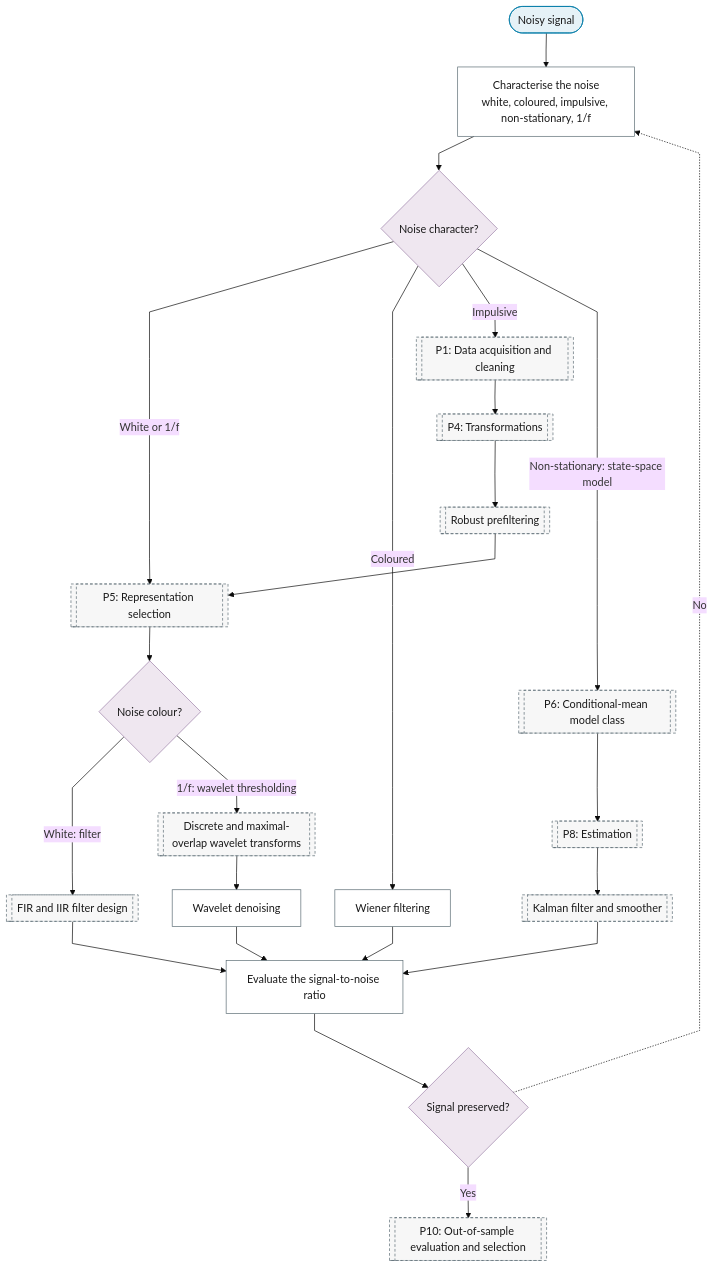
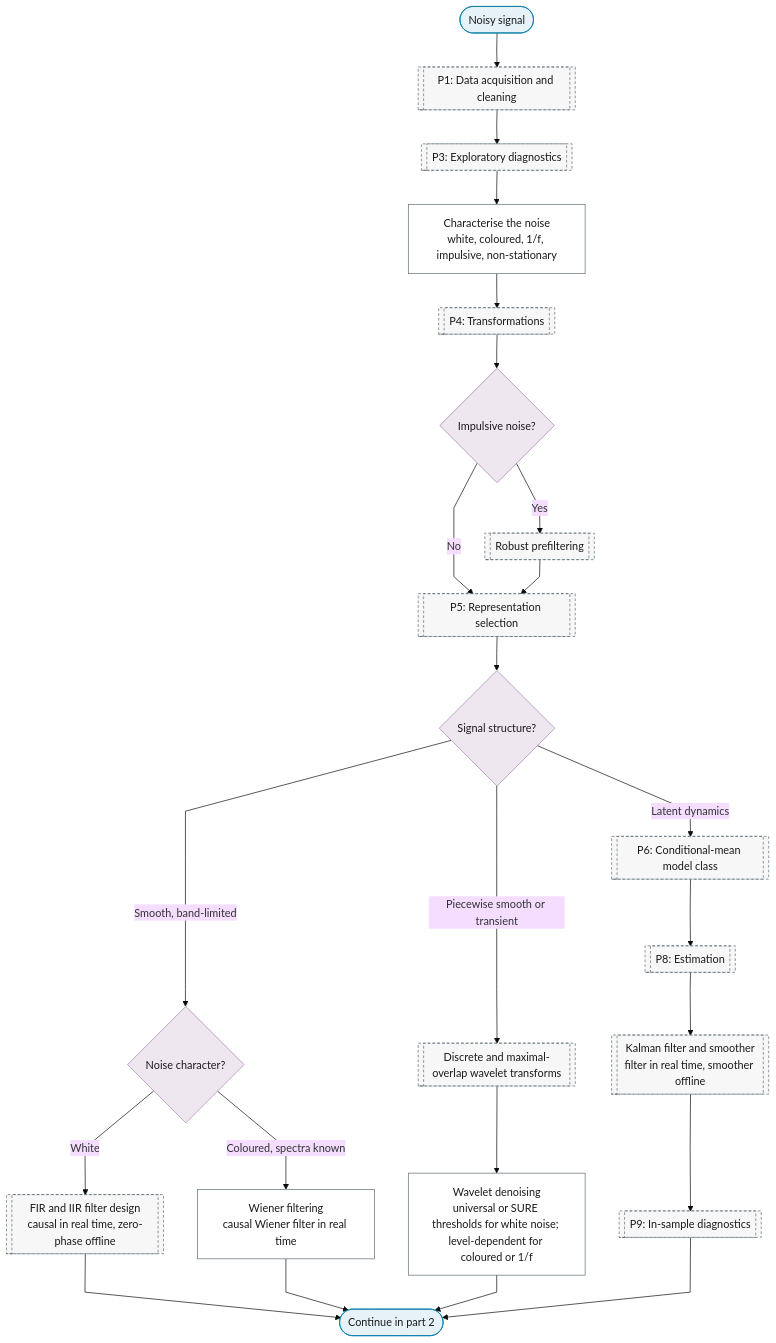
One commit to Shuxin-Y/time-series-analysis-manual changed the first of 2 diagrams in docs/01-workflow/p00-purpose/03-signal-extraction.md. Above: the diagram before and after it, drawn with Mermaid (base theme). The commit also changed other lines of this file and 20 other files, not shown here.

````diff
--- a/docs/01-workflow/p00-purpose/03-signal-extraction.md
+++ b/docs/01-workflow/p00-purpose/03-signal-extraction.md
@@ -7,35 +9,35 @@
 ```mermaid
 %%{init: {"flowchart": {"curve": "linear"}}}%%
 graph TD
-    P0_SE_IN(["Noisy signal"]) --> P0_SE_NOISE_TYPE["Characterise the noise<br/>white, coloured, impulsive, non-stationary, 1/f"]
-    P0_SE_NOISE_TYPE --> P0_SE_NOISE_Q{"Noise character?"}
-    P0_SE_NOISE_Q -->|"White or 1/f"| P5
-    P0_SE_NOISE_Q -->|"Coloured"| P0_SE_WIENER["Wiener filtering"]
-    P0_SE_NOISE_Q -->|"Impulsive"| P1[["P1: Data acquisition and cleaning"]]
-    P0_SE_NOISE_Q -->|"Non-stationary: state-space model"| P6[["P6: Conditional-mean model class"]]
+    P0_SE_IN(["Noisy signal"]) --> P1[["P1: Data acquisition and cleaning"]]
+    P1 --> P3[["P3: Exploratory diagnostics"]]
+    P3 --> P0_SE_NOISE_TYPE["Characterise the noise<br/>white, coloured, 1/f, impulsive, non-stationary"]
+    P0_SE_NOISE_TYPE --> P4[["P4: Transformations"]]
+    P4 --> P0_SE_IMPULSIVE{"Impulsive noise?"}
+    P0_SE_IMPULSIVE -->|"Yes"| P4_ROBUST_PREFILTER[["Robust prefiltering"]]
+    P0_SE_IMPULSIVE -->|"No"| P5
+    P4_ROBUST_PREFILTER --> P5[["P5: Representation selection"]]
+    P5 --> P0_SE_STRUCTURE{"Signal structure?"}
+    P0_SE_STRUCTURE -->|"Smooth, band-limited"| P0_SE_COLOUR{"Noise character?"}
+    P0_SE_STRUCTURE -->|"Piecewise smooth or transient"| P5_TF_DWT[["Discrete and maximal-overlap wavelet transforms"]]
+    P0_SE_STRUCTURE -->|"Latent dynamics"| P6[["P6: Conditional-mean model class"]]
+    P0_SE_COLOUR -->|"White"| P5_FD_FILTERS[["FIR and IIR filter design<br/>causal in real time, zero-phase offline"]]
+    P0_SE_COLOUR -->|"Coloured, spectra known"| P0_SE_WIENER["Wiener filtering<br/>causal Wiener filter in real time"]
+    P5_TF_DWT --> P0_SE_WAVELET_DENOISING["Wavelet denoising<br/>universal or SURE thresholds for white noise; level-dependent for coloured or 1/f"]
     P6 --> P8[["P8: Estimation"]]
-    P1 --> P4[["P4: Transformations"]]
-    P4 --> P4_ROBUST_PREFILTER[["Robust prefiltering"]]
-    P4_ROBUST_PREFILTER --> P5[["P5: Representation selection"]]
-    P5 --> P0_SE_TRANSFORM{"Noise colour?"}
-    P0_SE_TRANSFORM -->|"White: filter"| P5_FD_FILTERS[["FIR and IIR filter design"]]
-    P0_SE_TRANSFORM -->|"1/f: wavelet thresholding"| P5_TF_DWT[["Discrete and maximal-overlap wavelet transforms"]]
-    P5_TF_DWT --> P0_SE_WAVELET_DENOISING["Wavelet denoising"]
-    P8 --> P8_KALMAN[["Kalman filter and smoother"]]
-    P5_FD_FILTERS & P0_SE_WIENER & P8_KALMAN & P0_SE_WAVELET_DENOISING --> P0_SE_SNR["Evaluate the signal-to-noise ratio"]
-    P0_SE_SNR --> P0_SE_OK{"Signal preserved?"}
-    P0_SE_OK -.->|"No"| P0_SE_NOISE_TYPE
-    P0_SE_OK -->|"Yes"| P10[["P10: Out-of-sample evaluation and selection"]]
-    class P0_SE_IN terminator
-    class P0_SE_NOISE_Q,P0_SE_TRANSFORM,P0_SE_OK decision
-    class P0_SE_NOISE_TYPE,P0_SE_WIENER,P0_SE_WAVELET_DENOISING,P0_SE_SNR process
-    class P1,P4,P6,P8,P4_ROBUST_PREFILTER,P5,P5_FD_FILTERS,P5_TF_DWT,P8_KALMAN,P10 ref
+    P8 --> P8_KALMAN[["Kalman filter and smoother<br/>filter in real time, smoother offline"]]
+    P8_KALMAN --> P9[["P9: In-sample diagnostics"]]
+    P5_FD_FILTERS & P0_SE_WIENER & P0_SE_WAVELET_DENOISING & P9 --> P0_SE_TO_PART_2(["Continue in part 2"])
+    class P0_SE_IN,P0_SE_TO_PART_2 terminator
+    class P0_SE_IMPULSIVE,P0_SE_STRUCTURE,P0_SE_COLOUR decision
+    class P0_SE_NOISE_TYPE,P0_SE_WIENER,P0_SE_WAVELET_DENOISING process
+    class P1,P3,P4,P4_ROBUST_PREFILTER,P5,P5_TF_DWT,P6,P5_FD_FILTERS,P8,P8_KALMAN,P9 ref
     classDef terminator fill:#E6F2F7,stroke:#007BA7,color:#1A1A1A;
     classDef process fill:#FFFFFF,stroke:#5A6B73,color:#1A1A1A;
     classDef decision fill:#EFE7F0,stroke:#9B7FA7,color:#1A1A1A;
     classDef data fill:#FFF4E0,stroke:#C9A55E,color:#1A1A1A;
     classDef good fill:#DCEFD8,stroke:#4A7A3F,color:#1A1A1A;
     classDef escalate fill:#FFE9C2,stroke:#C9A55E,color:#1A1A1A;
     classDef problem fill:#F2D9DE,stroke:#800020,color:#1A1A1A;
     classDef ref fill:#F7F7F7,stroke:#5A6B73,color:#1A1A1A,stroke-dasharray:4 3;
 ```
````
